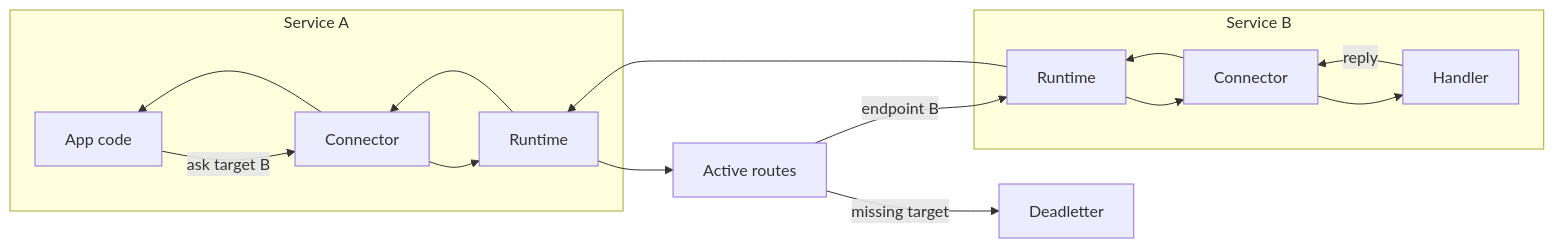
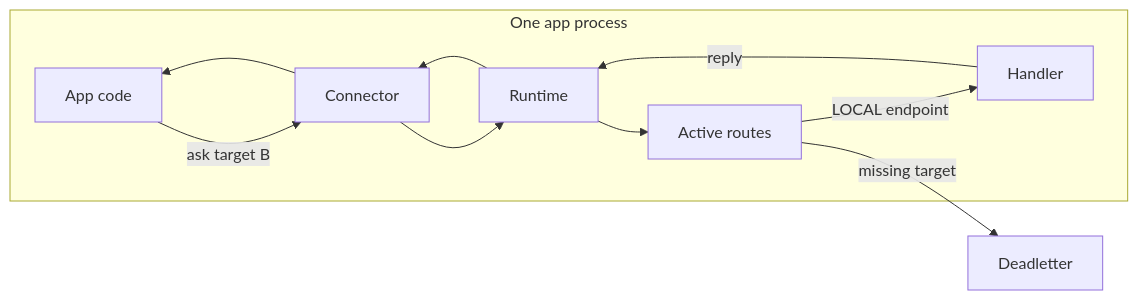
One commit to phuong-tran/coakka-samples changed the fourth of 5 diagrams in README.md. Above: the diagram before and after it, drawn with Mermaid. The commit also changed other lines of this file, not shown here.

Commit message:
docs: split same-process and multi-process route diagrams

````diff
--- a/README.md
+++ b/README.md
@@ -427,31 +428,21 @@
 ```mermaid
 flowchart LR
-    subgraph serviceA["Service A"]
+    subgraph appHost["One app process"]
         appA["App code"]
         connectorA["Connector"]
         runtimeA["Runtime"]
-    end
-
-    routes["Active routes"]
-
-    subgraph serviceB["Service B"]
-        runtimeB["Runtime"]
-        connectorB["Connector"]
+        routesA["Active routes"]
         handlerB["Handler"]
     end
 
     deadletter["Deadletter"]
 
     appA -->|ask target B| connectorA
     connectorA --> runtimeA
-    runtimeA --> routes
-    routes -->|endpoint B| runtimeB
-    routes -->|missing target| deadletter
-    runtimeB --> connectorB
-    connectorB --> handlerB
-    handlerB -->|reply| connectorB
-    connectorB --> runtimeB
-    runtimeB --> runtimeA
+    runtimeA --> routesA
+    routesA -->|LOCAL endpoint| handlerB
+    routesA -->|missing target| deadletter
+    handlerB -->|reply| runtimeA
     runtimeA --> connectorA
     connectorA --> appA
 ```
````
